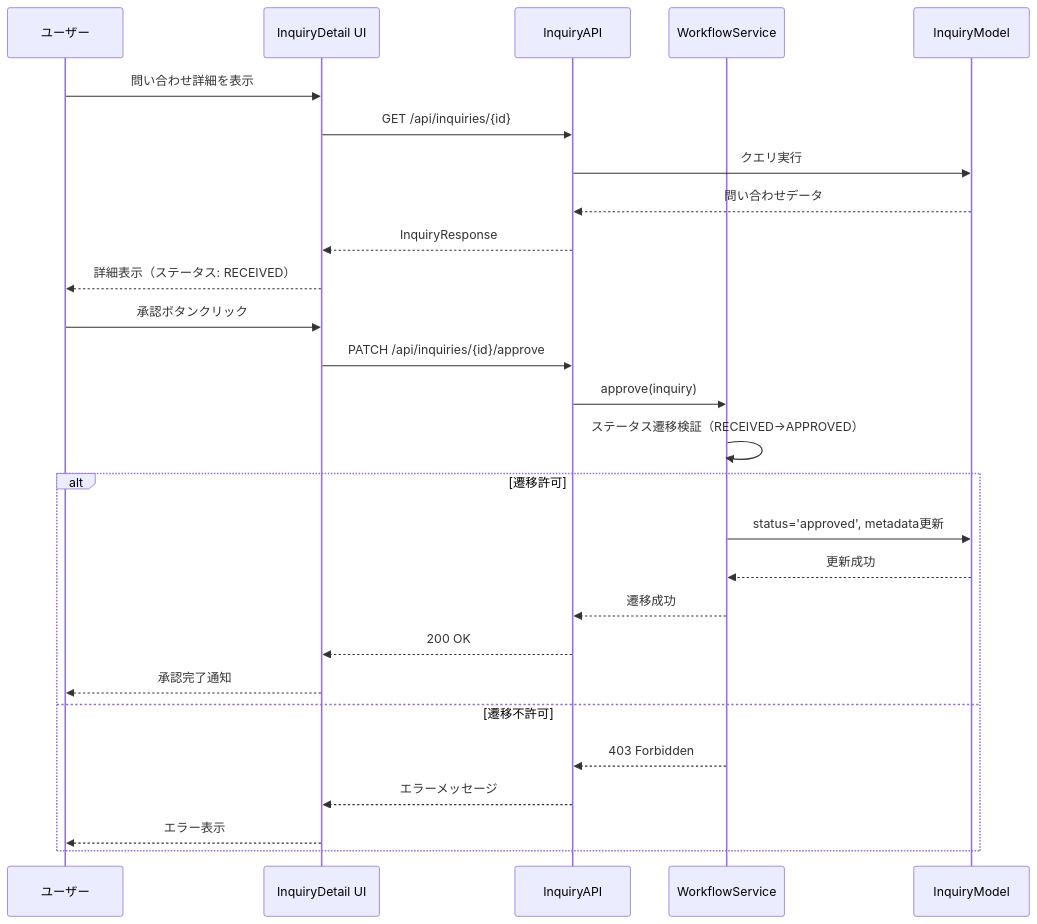
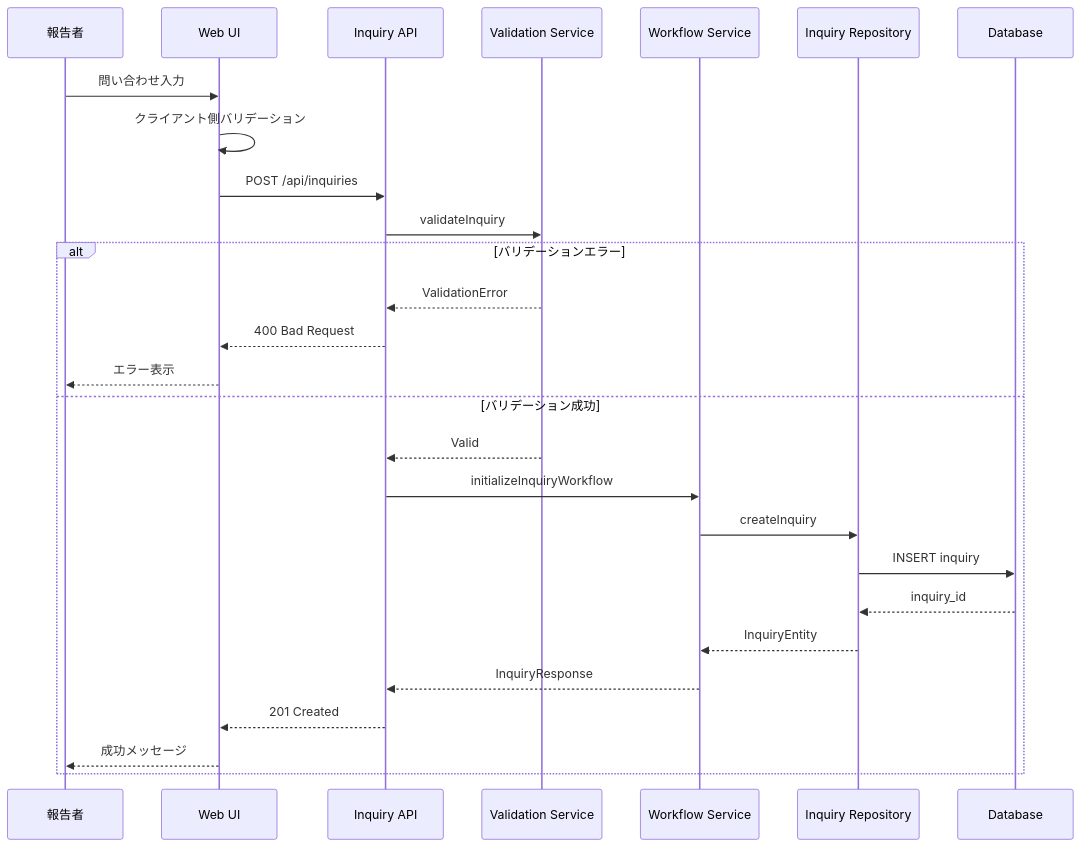
One commit to ohr486/ghost-squad changed the second of 5 diagrams in .kiro/specs/storyboard/design.md. Above: the diagram before and after it, drawn with Mermaid. The commit also changed other lines of this file and 1 other file, not shown here.

````diff
--- a/.kiro/specs/storyboard/design.md
+++ b/.kiro/specs/storyboard/design.md
@@ -157,31 +140,31 @@
 ```mermaid
 sequenceDiagram
-    participant User as ユーザー
-    participant UI as InquiryDetail UI
-    participant API as InquiryAPI
-    participant WF as WorkflowService
-    participant DB as InquiryModel
+    participant Reporter as 報告者
+    participant UI as Web UI
+    participant API as Inquiry API
+    participant Validator as Validation Service
+    participant Workflow as Workflow Service
+    participant Repo as Inquiry Repository
+    participant DB as Database
 
-    User->>UI: 問い合わせ詳細を表示
-    UI->>API: GET /api/inquiries/{id}
-    API->>DB: クエリ実行
-    DB-->>API: 問い合わせデータ
-    API-->>UI: InquiryResponse
-    UI-->>User: 詳細表示（ステータス: RECEIVED）
+    Reporter->>UI: 問い合わせ入力
+    UI->>UI: クライアント側バリデーション
+    UI->>API: POST /api/inquiries
+    API->>Validator: validateInquiry
 
-    User->>UI: 承認ボタンクリック
-    UI->>API: PATCH /api/inquiries/{id}/approve
-    API->>WF: approve(inquiry)
-    WF->>WF: ステータス遷移検証（RECEIVED→APPROVED）
-    alt 遷移許可
-        WF->>DB: status='approved', metadata更新
-        DB-->>WF: 更新成功
-        WF-->>API: 遷移成功
-        API-->>UI: 200 OK
-        UI-->>User: 承認完了通知
-    else 遷移不許可
-        WF-->>API: 403 Forbidden
-        API-->>UI: エラーメッセージ
-        UI-->>User: エラー表示
+    alt バリデーションエラー
+        Validator-->>API: ValidationError
+        API-->>UI: 400 Bad Request
+        UI-->>Reporter: エラー表示
+    else バリデーション成功
+        Validator-->>API: Valid
+        API->>Workflow: initializeInquiryWorkflow
+        Workflow->>Repo: createInquiry
+        Repo->>DB: INSERT inquiry
+        DB-->>Repo: inquiry_id
+        Repo-->>Workflow: InquiryEntity
+        Workflow-->>API: InquiryResponse
+        API-->>UI: 201 Created
+        UI-->>Reporter: 成功メッセージ
     end
 ```
````
